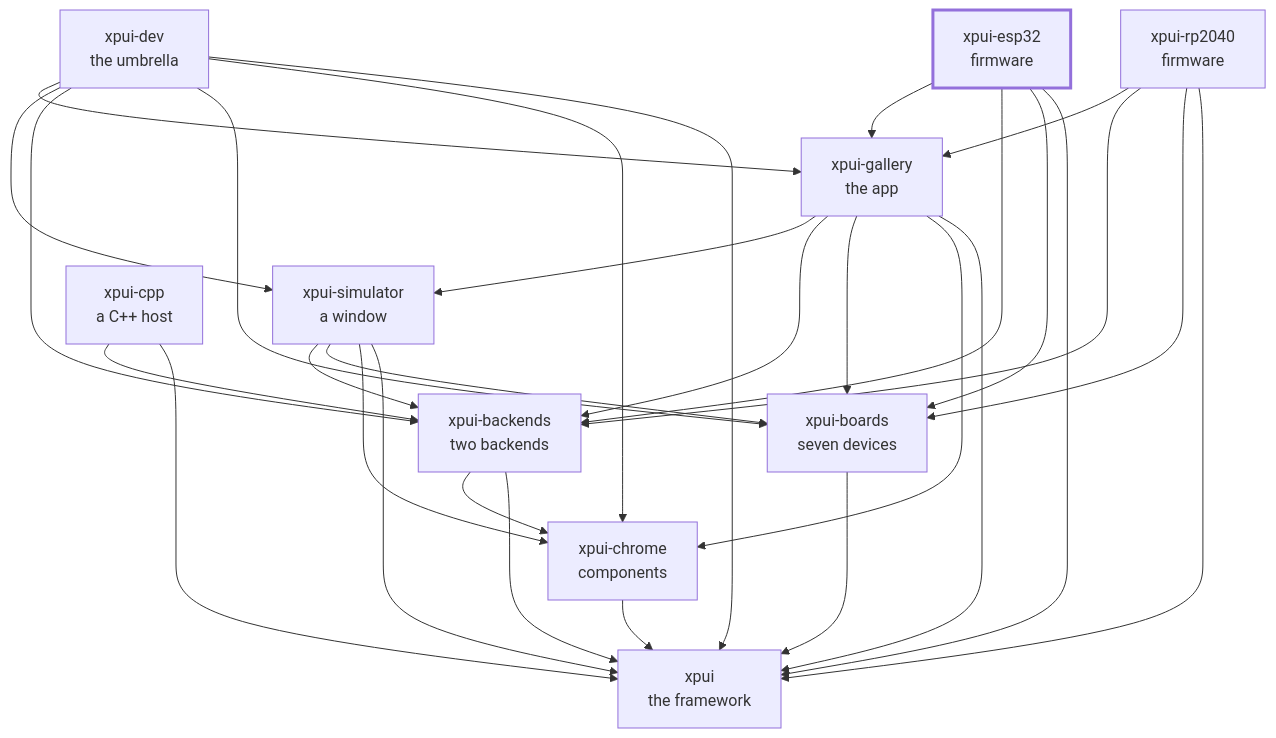
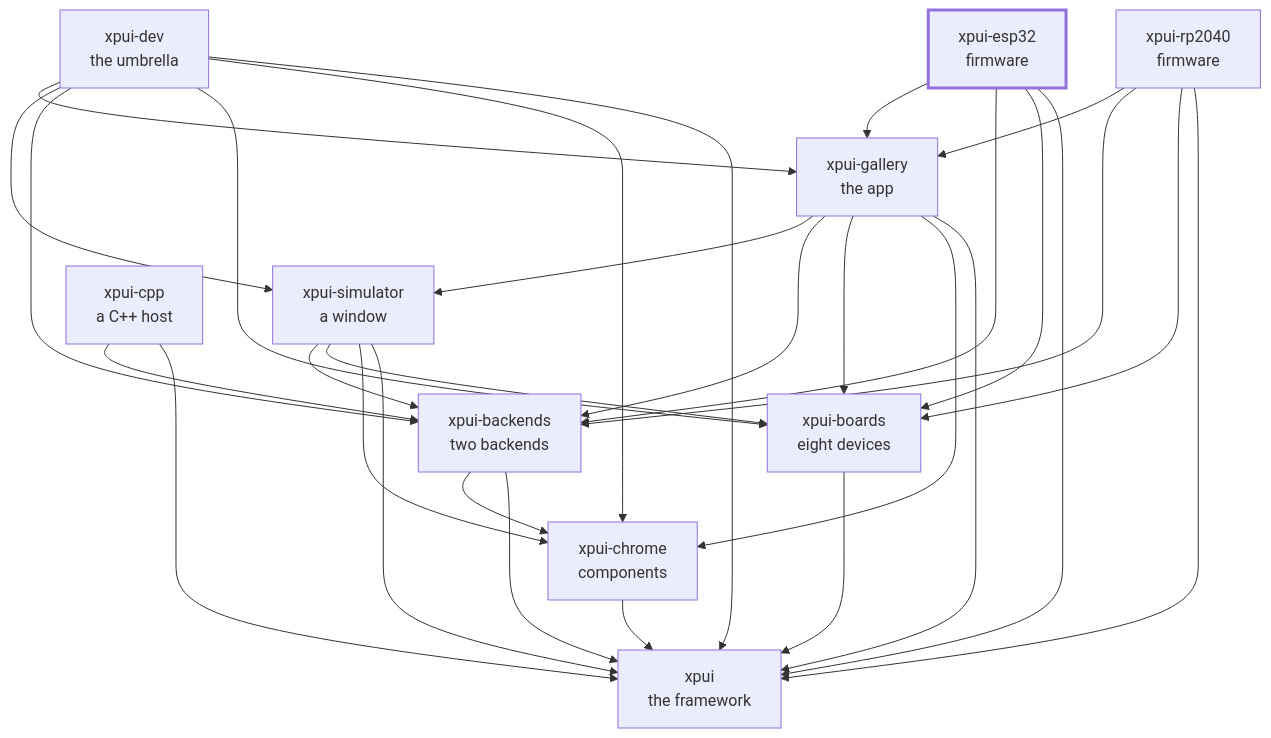
The diagram in README.md (XPUI-Framework/xpui-esp32), drawn with Mermaid before and after one commit. The commit also changed 4 other files, not shown here.

````diff
--- a/README.md
+++ b/README.md
@@ -95,43 +95,43 @@
 ```mermaid
 flowchart TD
   xpui["xpui<br/>the framework"]
   chrome["xpui-chrome<br/>components"]
-  boards["xpui-boards<br/>seven devices"]
+  boards["xpui-boards<br/>eight devices"]
   backends["xpui-backends<br/>two backends"]
   simulator["xpui-simulator<br/>a window"]
   gallery["xpui-gallery<br/>the app"]
   rp2040["xpui-rp2040<br/>firmware"]
   esp32["xpui-esp32<br/>firmware"]
   cpp["xpui-cpp<br/>a C++ host"]
   dev["xpui-dev<br/>the umbrella"]
   chrome --> xpui
   boards --> xpui
   backends --> xpui
   backends --> chrome
   simulator --> xpui
   simulator --> chrome
   simulator --> boards
   simulator --> backends
   gallery --> xpui
   gallery --> chrome
   gallery --> boards
   gallery --> backends
   gallery --> simulator
   rp2040 --> xpui
   rp2040 --> boards
   rp2040 --> backends
   rp2040 --> gallery
   esp32 --> xpui
   esp32 --> boards
   esp32 --> backends
   esp32 --> gallery
   cpp --> xpui
   cpp --> backends
   dev --> xpui
   dev --> chrome
   dev --> boards
   dev --> backends
   dev --> simulator
   dev --> gallery
   style esp32 stroke-width:3px
 ```
````
